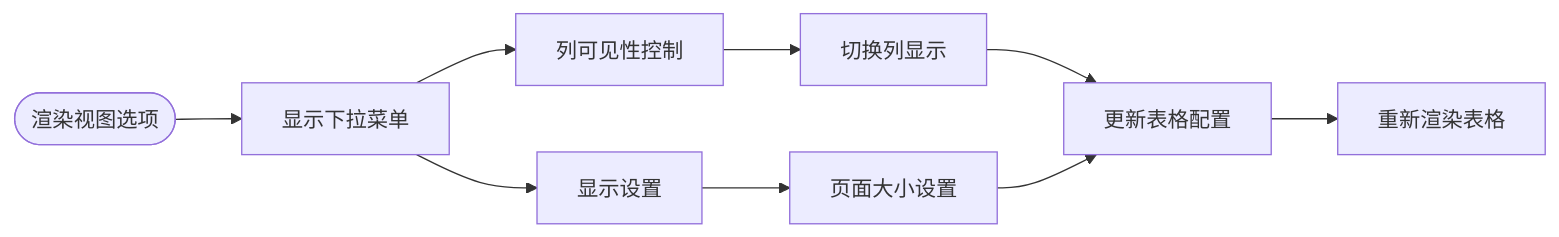
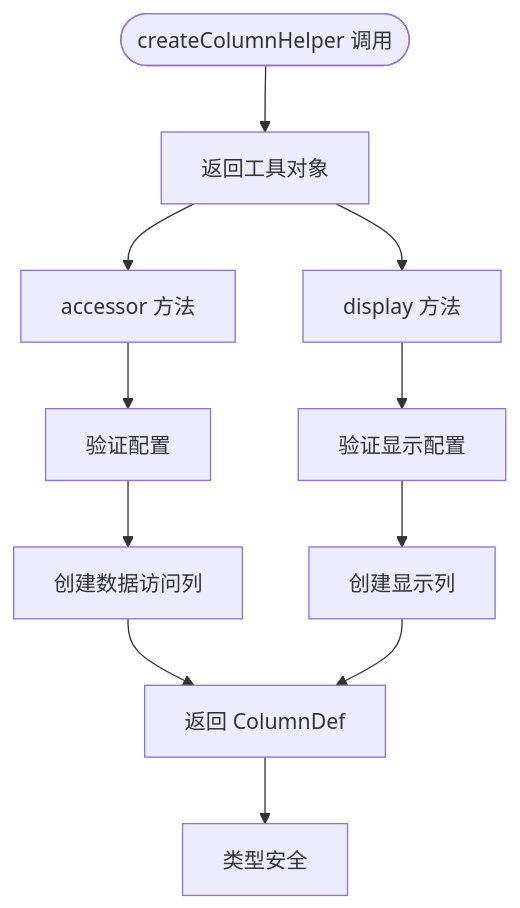
One commit to translateServers/nodes-stack changed diagram 13 of 15 in .qoder/repowiki/zh/content/开发工具/Shadcn_UI 技能系统.md. Above: the diagram before and after it, drawn with Mermaid. The commit also changed other lines of this file and 5 other files, not shown here.

````diff
--- a/.qoder/repowiki/zh/content/开发工具/Shadcn_UI 技能系统.md
+++ b/.qoder/repowiki/zh/content/开发工具/Shadcn_UI 技能系统.md
@@ -430,11 +498,13 @@
 ```mermaid
-flowchart LR
-Start([渲染视图选项]) --> MenuTrigger["显示下拉菜单"]
-MenuTrigger --> ColumnVisibility["列可见性控制"]
-MenuTrigger --> DisplaySettings["显示设置"]
-ColumnVisibility --> ToggleColumn["切换列显示"]
-DisplaySettings --> PageSize["页面大小设置"]
-ToggleColumn --> UpdateTable["更新表格配置"]
-PageSize --> UpdateTable
-UpdateTable --> ReRender["重新渲染表格"]
+flowchart TD
+Start([createColumnHelper 调用]) --> ReturnObj["返回工具对象"]
+ReturnObj --> AccessorMethod["accessor 方法"]
+ReturnObj --> DisplayMethod["display 方法"]
+AccessorMethod --> ConfigValidation["验证配置"]
+ConfigValidation --> CreateColumn["创建数据访问列"]
+DisplayMethod --> DisplayConfig["验证显示配置"]
+DisplayConfig --> CreateDisplay["创建显示列"]
+CreateColumn --> ColumnDef["返回 ColumnDef"]
+CreateDisplay --> ColumnDef
+ColumnDef --> TypeSafe["类型安全"]
 ```
````
